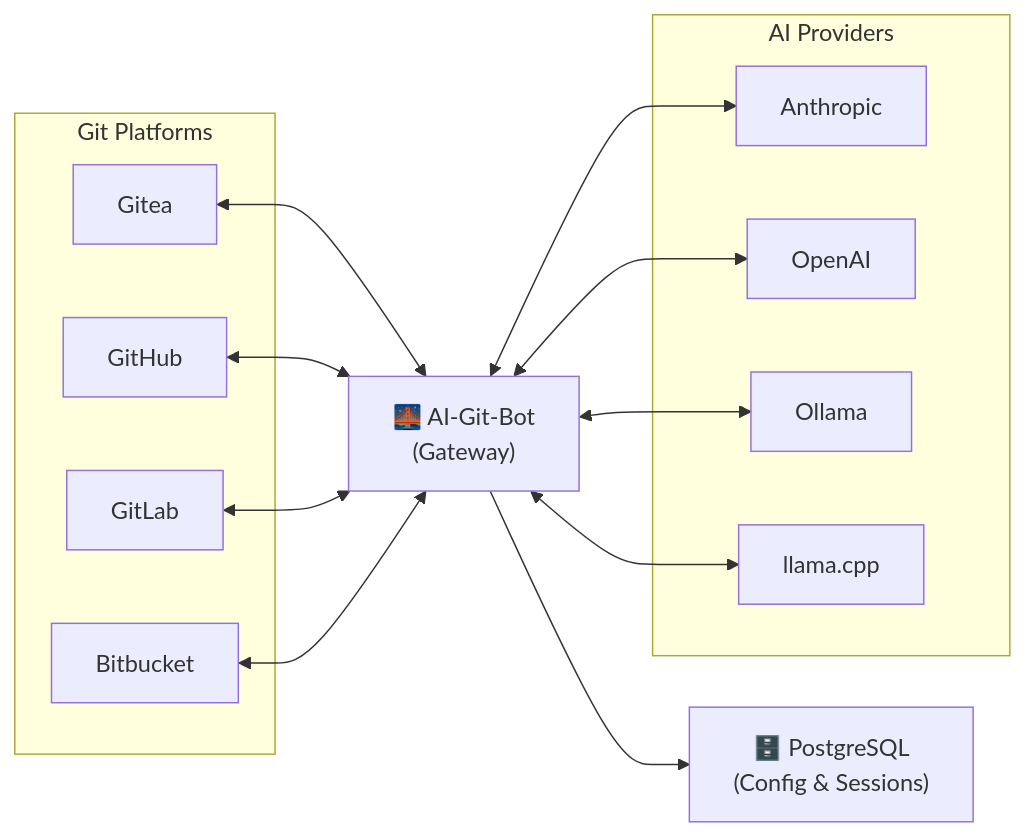
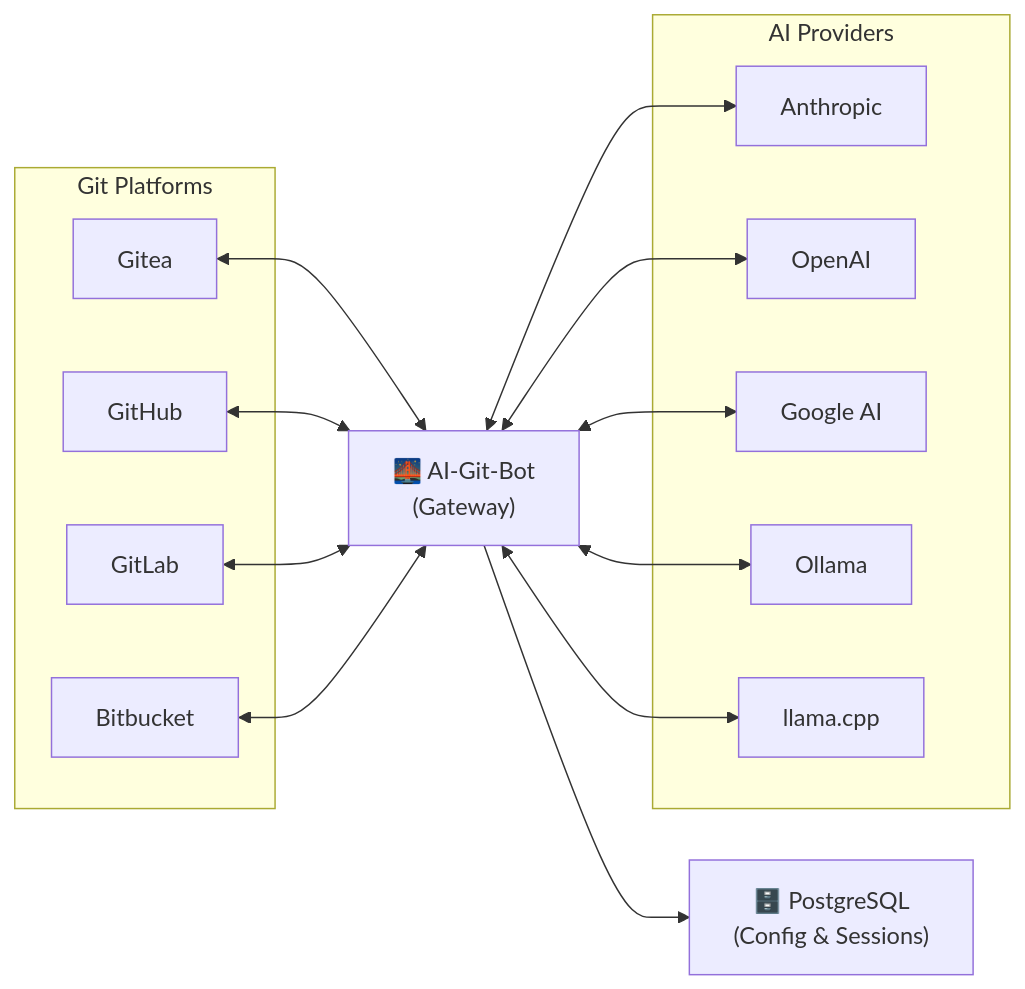
Before and after one commit to rmie/ai-git-bot: the first of 2 diagrams in README.md, drawn with Mermaid. The commit also changed other lines of this file and 7 other files, not shown here.

````diff
--- a/README.md
+++ b/README.md
@@ -46,29 +46,31 @@
 ```mermaid
 graph LR
     subgraph Git Platforms
         Gitea
         GitHub
         GitLab
         Bitbucket
     end
 
     subgraph AI Providers
         Anthropic
         OpenAI
+        GoogleAI[Google AI]
         Ollama
         llama.cpp
     end
 
     Gateway["🌉 AI-Git-Bot\n(Gateway)"]
     DB["🗄️ PostgreSQL\n(Config & Sessions)"]
 
     Gitea <--> Gateway
     GitHub <--> Gateway
     GitLab <--> Gateway
     Bitbucket <--> Gateway
     Gateway <--> Anthropic
     Gateway <--> OpenAI
+    Gateway <--> GoogleAI
     Gateway <--> Ollama
     Gateway <--> llama.cpp
     Gateway --> DB
 ```
````
